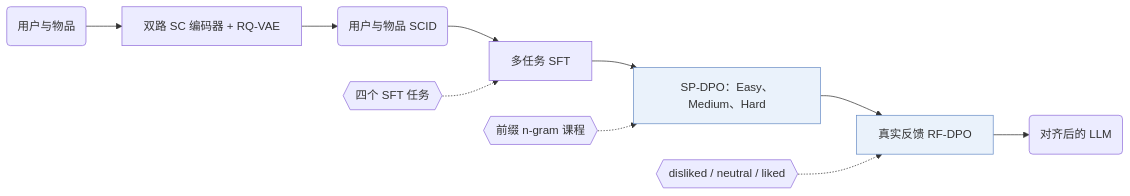
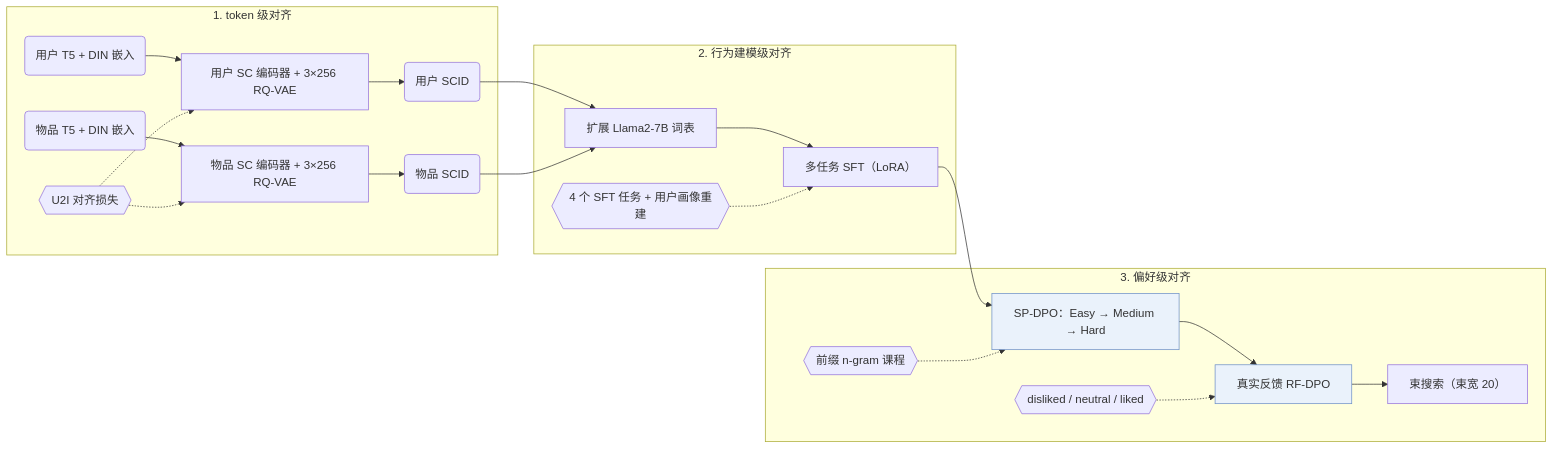
One commit to Galaxy-ghost/Awesome-SID-Generative-Rec changed the diagram in notes/zh/align3gr.md. Above: the diagram before and after it, drawn with Mermaid. The commit also changed other lines of this file and 649 other files, not shown here.

Commit message:
writer-05: also tags and modality index (schema, check, build, visuals); summary field removed; calibration data for 12 papers

````diff
--- a/notes/zh/align3gr.md
+++ b/notes/zh/align3gr.md
@@ -13,13 +14,25 @@
 ```mermaid
 flowchart LR
-    A("用户与物品") --> B["双路 SC 编码器 + RQ-VAE"]
-    B --> C("用户与物品 SCID")
-    C --> D["多任务 SFT"]
-    D --> E["SP-DPO：Easy、Medium、Hard"]:::key
-    E --> F["真实反馈 RF-DPO"]:::key
-    F --> G("对齐后的 LLM")
-    L1{{"四个 SFT 任务"}} -.-> D
-    L2{{"前缀 n-gram 课程"}} -.-> E
-    L3{{"disliked / neutral / liked"}} -.-> F
+    subgraph Lvl1["1. token 级对齐"]
+        UFeat("用户 T5 + DIN 嵌入") --> UEnc["用户 SC 编码器 + 3×256 RQ-VAE"]
+        IFeat("物品 T5 + DIN 嵌入") --> IEnc["物品 SC 编码器 + 3×256 RQ-VAE"]
+        LU2I{{"U2I 对齐损失"}} -.-> UEnc
+        LU2I -.-> IEnc
+        UEnc --> USCID("用户 SCID")
+        IEnc --> ISCID("物品 SCID")
+    end
+    subgraph Lvl2["2. 行为建模级对齐"]
+        USCID --> Voc["扩展 Llama2-7B 词表"]
+        ISCID --> Voc
+        Voc --> SFT["多任务 SFT（LoRA）"]
+        L1{{"4 个 SFT 任务 + 用户画像重建"}} -.-> SFT
+    end
+    subgraph Lvl3["3. 偏好级对齐"]
+        SFT --> E["SP-DPO：Easy → Medium → Hard"]:::key
+        L2{{"前缀 n-gram 课程"}} -.-> E
+        E --> F["真实反馈 RF-DPO"]:::key
+        L3{{"disliked / neutral / liked"}} -.-> F
+        F --> G["束搜索（束宽 20）"]
+    end
     classDef key fill:#eaf2fb,stroke:#6b8fc7
 ```
````
